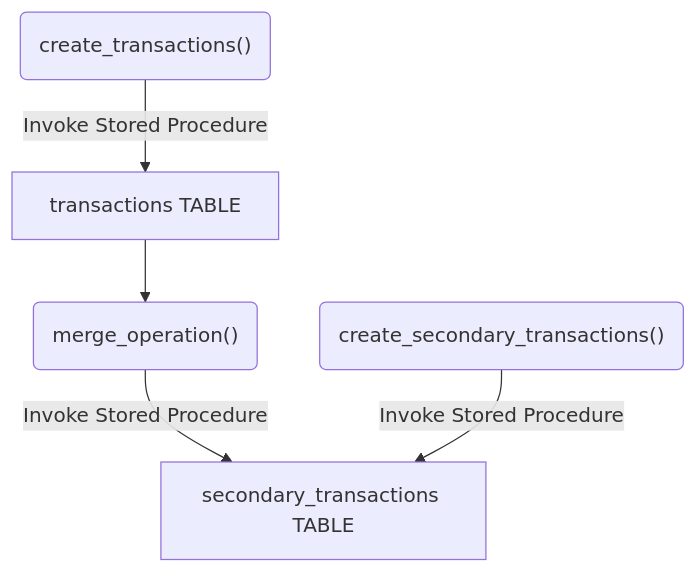
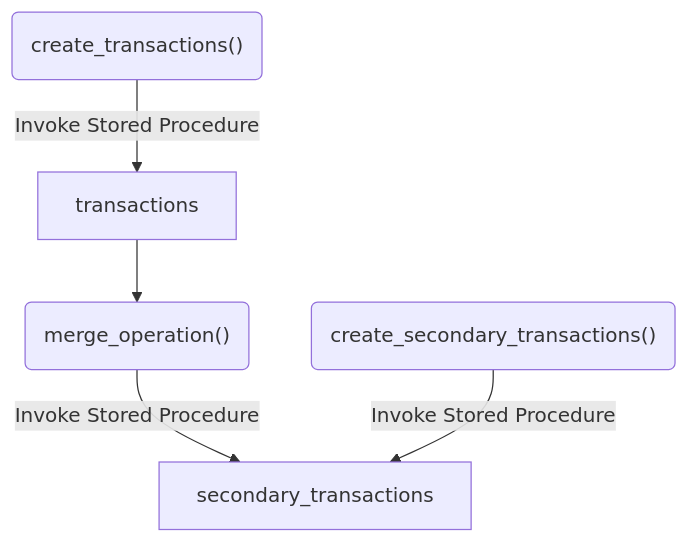
Before and after one commit to FioChuck/bq-workspace: the diagram in README.md, drawn with Mermaid. The commit also changed other lines of this file, not shown here.

````diff
--- a/README.md
+++ b/README.md
@@ -16,7 +16,7 @@
 ```mermaid
 flowchart TD
-A("create_transactions()") -->|Invoke Stored Procedure| B[transactions TABLE]
+A("create_transactions()") -->|Invoke Stored Procedure| B[transactions]
 B --> D("merge_operation()")
 D --> |Invoke Stored Procedure|E
-C("create_secondary_transactions()") --> |Invoke Stored Procedure|E[secondary_transactions TABLE]
+C("create_secondary_transactions()") --> |Invoke Stored Procedure|E[secondary_transactions]
 ```
````
